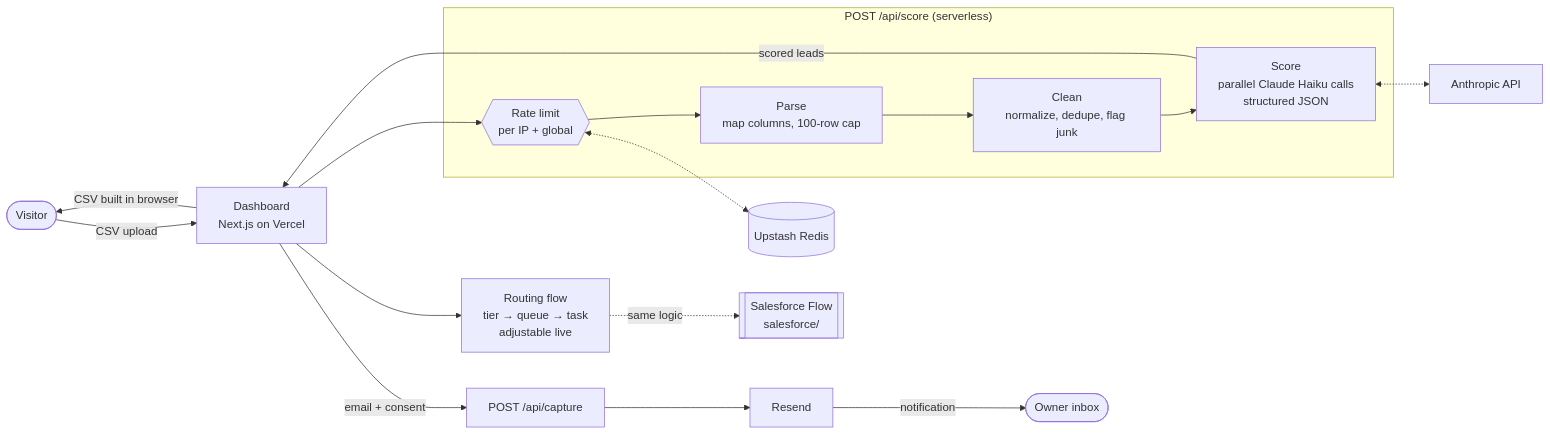
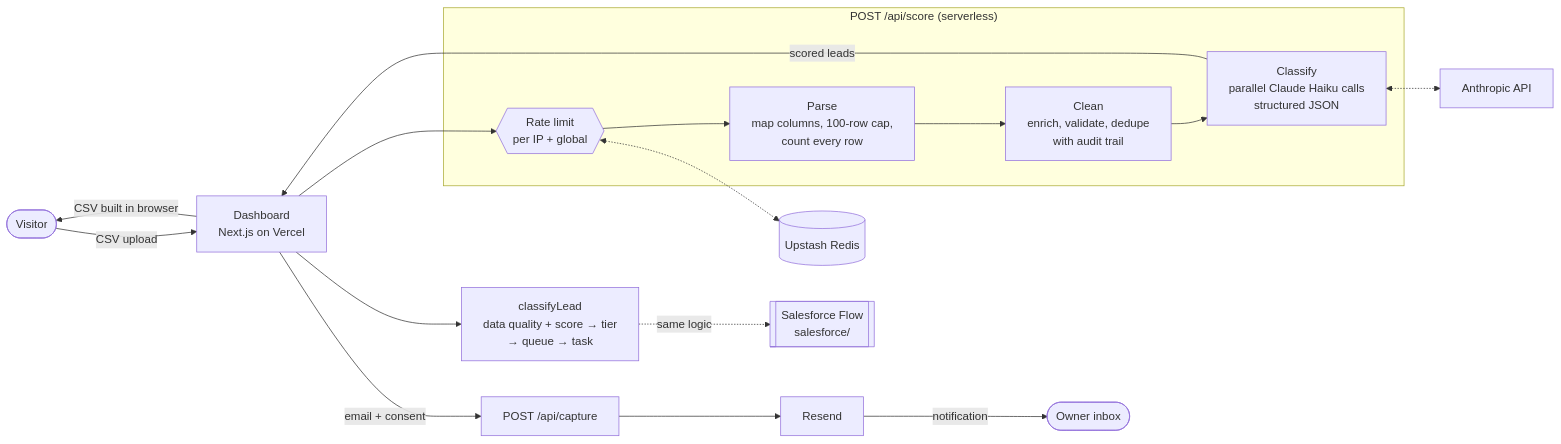
Before and after one commit to arielslaish/leadwise: the diagram in README.md, drawn with Mermaid. The commit also changed other lines of this file and 29 other files, not shown here.

Commit message:
Separate data quality from lead quality, explainable scoring, fuzzy dedupe with audit trail, import accounting, shared summary for dashboard/CSV/PDF, regression tests

````diff
--- a/README.md
+++ b/README.md
@@ -11,22 +11,22 @@
 ```mermaid
 flowchart LR
     U([Visitor]) -->|CSV upload| UI[Dashboard<br/>Next.js on Vercel]
 
     subgraph API["POST /api/score (serverless)"]
-        RL{{Rate limit<br/>per IP + global}} --> P[Parse<br/>map columns, 100-row cap]
-        P --> C[Clean<br/>normalize, dedupe, flag junk]
-        C --> S[Score<br/>parallel Claude Haiku calls<br/>structured JSON]
+        RL{{Rate limit<br/>per IP + global}} --> P[Parse<br/>map columns, 100-row cap,<br/>count every row]
+        P --> C[Clean<br/>enrich, validate, dedupe<br/>with audit trail]
+        C --> S[Classify<br/>parallel Claude Haiku calls<br/>structured JSON]
     end
 
     UI --> RL
     RL <-.-> R[(Upstash Redis)]
     S <-.-> A[Anthropic API]
     S -->|scored leads| UI
 
-    UI --> F[Routing flow<br/>tier → queue → task<br/>adjustable live]
+    UI --> F[classifyLead<br/>data quality + score → tier<br/>→ queue → task]
     F -. same logic .-> SF[[Salesforce Flow<br/>salesforce/]]
 
     UI -->|email + consent| G[POST /api/capture]
     G --> E[Resend] -->|notification| O([Owner inbox])
     UI -->|CSV built in browser| U
 ```
````
